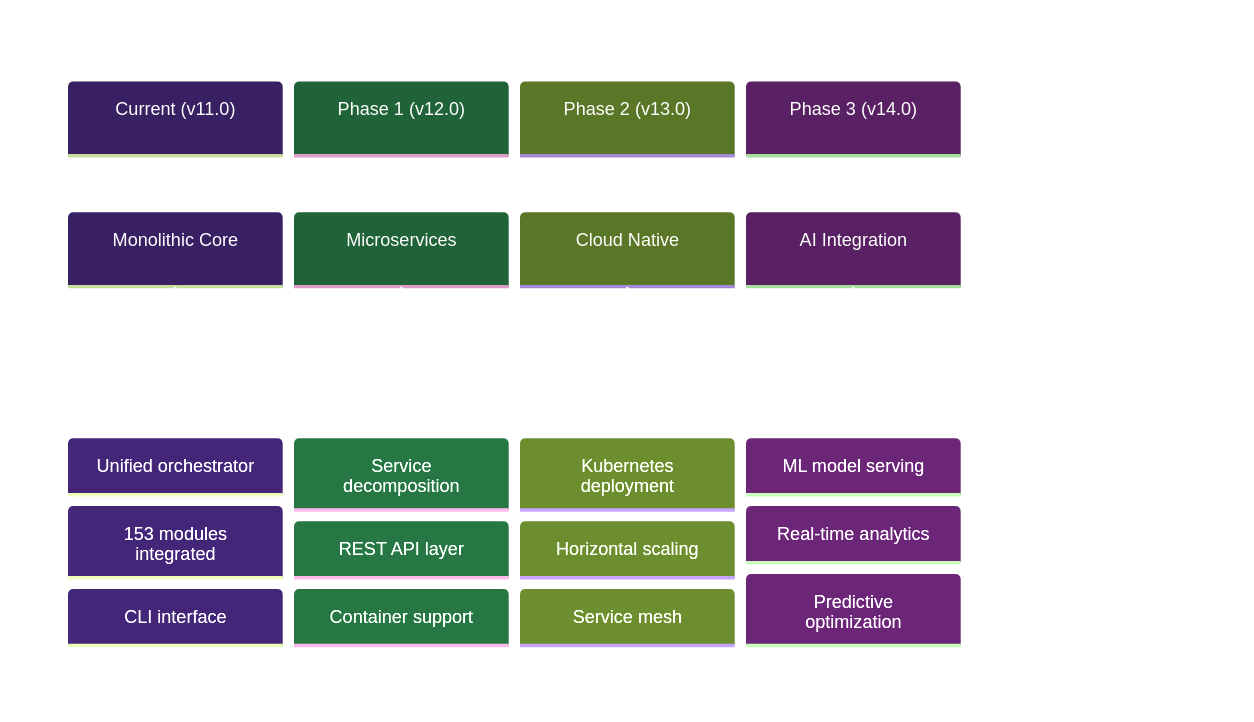
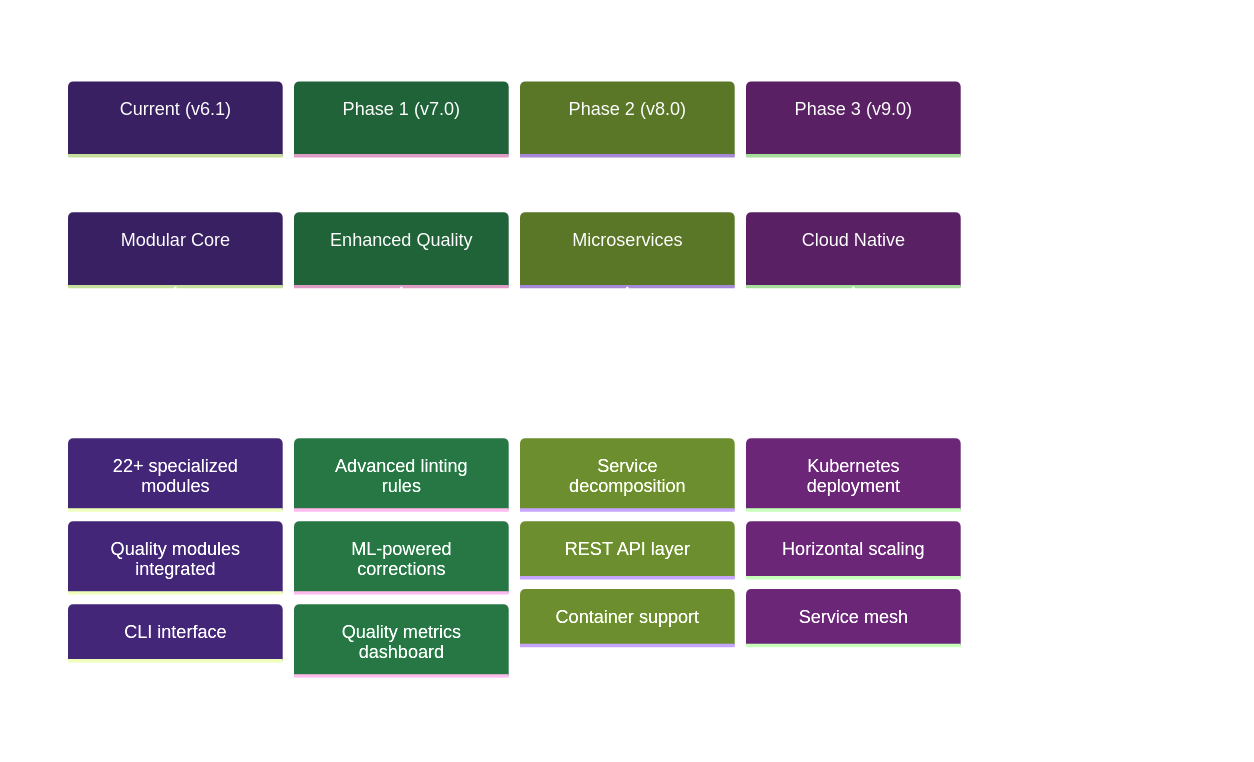
One commit to arkalia-luna-system/ia-pipeline changed the seventh of 8 diagrams in docs/ARCHITECTURE/INDEX.md. Above: the diagram before and after it, drawn with Mermaid. The commit also changed other lines of this file and 10 other files, not shown here.

Commit message:
docs: Correction et mise à jour de 5 guides développeur - Dates mises à jour au 14 août 2025 - Standards professionnels appliqués - Architecture modulaire documentée - Structure des tests alignée avec le système réel

````diff
--- a/docs/ARCHITECTURE/INDEX.md
+++ b/docs/ARCHITECTURE/INDEX.md
@@ -338,25 +402,25 @@
 ```mermaid
 %%{init: {'theme':'base', 'themeVariables': { 'primaryColor': '#6f42c1', 'primaryTextColor': '#fff', 'primaryBorderColor': '#5a32a3'}}}%%
 timeline
     title Architecture Evolution Roadmap
     
-    section Current (v11.0)
-        Monolithic Core    : Unified orchestrator
-                          : 153 modules integrated
+    section Current (v6.1)
+        Modular Core       : 22+ specialized modules
+                          : Quality modules integrated
                           : CLI interface
     
-    section Phase 1 (v12.0)
+    section Phase 1 (v7.0)
+        Enhanced Quality   : Advanced linting rules
+                         : ML-powered corrections
+                         : Quality metrics dashboard
+    
+    section Phase 2 (v8.0)
         Microservices     : Service decomposition
                          : REST API layer
                          : Container support
     
-    section Phase 2 (v13.0)
+    section Phase 3 (v9.0)
         Cloud Native      : Kubernetes deployment
                          : Horizontal scaling
                          : Service mesh
-    
-    section Phase 3 (v14.0)
-        AI Integration    : ML model serving
-                         : Real-time analytics
-                         : Predictive optimization
 ```
````
